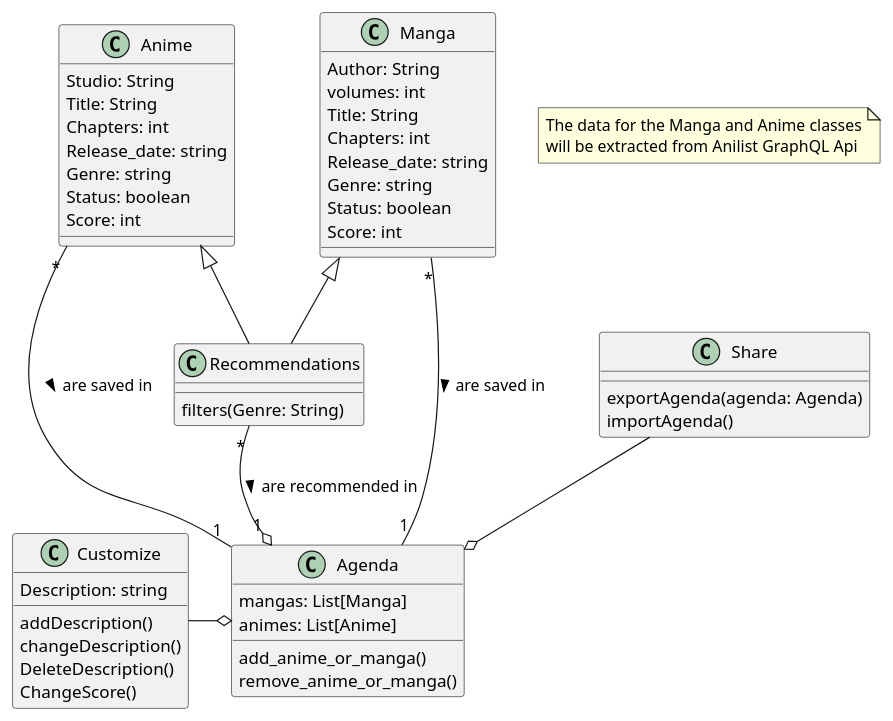
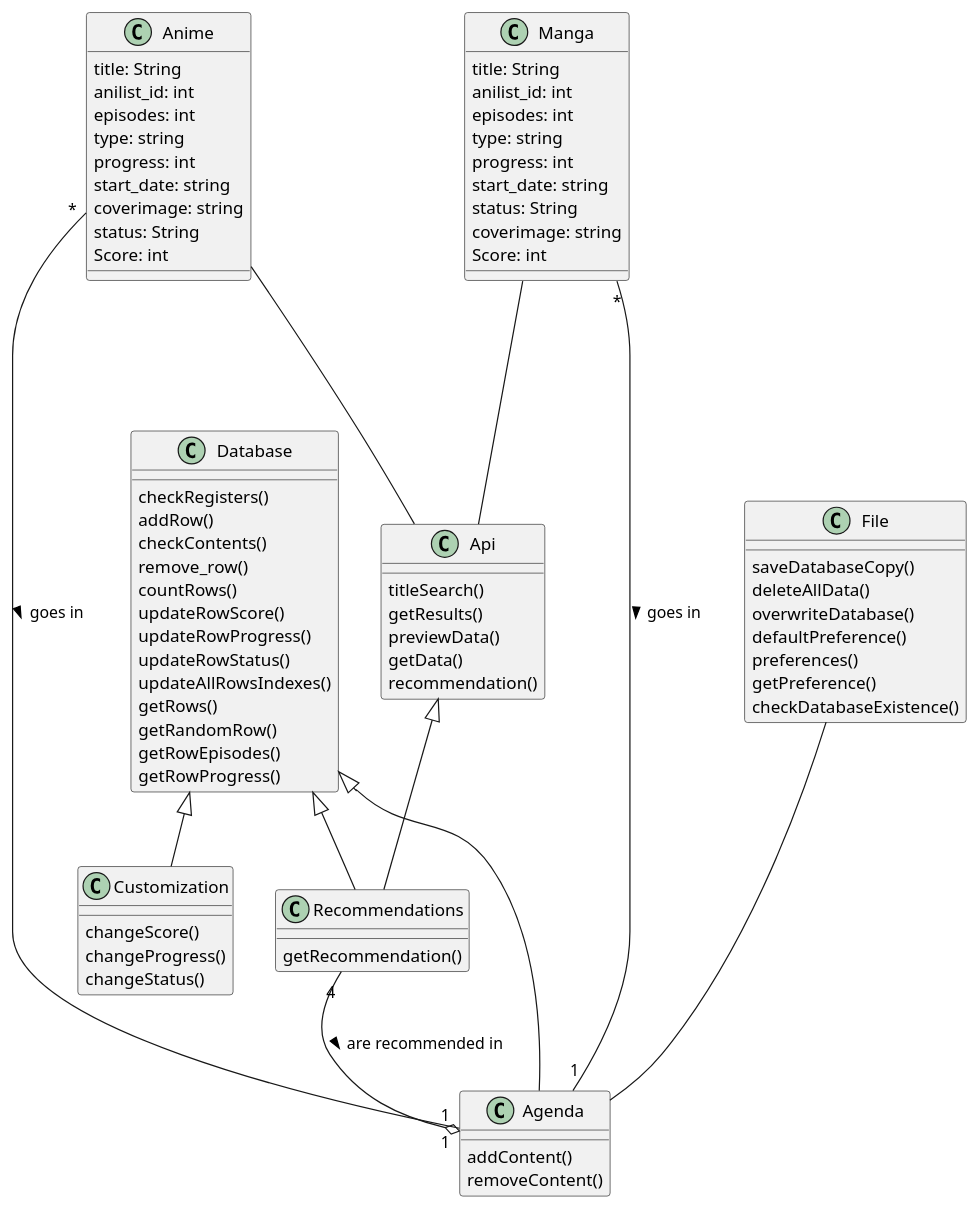
The diagram in Animack_UML.puml (Torrex123/Animack), drawn with PlantUML before and after one commit.

```diff
--- a/Animack_UML.puml
+++ b/Animack_UML.puml
@@ -1,66 +1,105 @@
 @startuml
 
-note as note1
-  The data for the Manga and Anime classes
-  will be extracted from Anilist GraphQL Api
-end note
+Class Anime{
 
-
-Class Anime{
-    Studio: String
-    Title: String
-    Chapters: int
-    Release_date: string
-    Genre: string
-    Status: boolean
+    title: String
+    anilist_id: int
+    episodes: int
+    type: string
+    progress: int
+    start_date: string
+    coverimage: string
+    status: String
     Score: int
 }
 
 Class Manga{
-    Author: String
-    volumes: int
-    Title: String
-    Chapters: int
-    Release_date: string
-    Genre: string
-    Status: boolean
+
+    title: String
+    anilist_id: int
+    episodes: int
+    type: string
+    progress: int
+    start_date: string
+    status: String
+    coverimage: string
     Score: int
+
 }
 
 Class Agenda{
 
-    mangas: List[Manga]
-    animes: List[Anime]
+    addContent()
+    removeContent()
 
-    add_anime_or_manga()
-    remove_anime_or_manga()
+}
+
+class Database{
+
+    checkRegisters()
+    addRow()
+    checkContents()
+    remove_row()
+    countRows()
+    updateRowScore()
+    updateRowProgress()
+    updateRowStatus()
+    updateAllRowsIndexes()
+    getRows()
+    getRandomRow()
+    getRowEpisodes()
+    getRowProgress()
+
+}
+
+class Api{
+
+    titleSearch()
+    getResults()
+    previewData()
+    getData()
+    recommendation()
+
 }
 
 class Recommendations{
-    filters(Genre: String)
+
+    getRecommendation()
+
 }
 
-class Customize{
-    Description: string
+class Customization{
 
-    addDescription()
-    changeDescription()
-    DeleteDescription()
-    ChangeScore()
+    changeScore()
+    changeProgress()
+    changeStatus()
+
 }
 
-class Share{
-    exportAgenda(agenda: Agenda)
-    importAgenda()
+Class File{
+
+    saveDatabaseCopy()
+    deleteAllData()
+    overwriteDatabase()
+    defaultPreference()
+    preferences()
+    getPreference()
+    checkDatabaseExistence()
+
 }
 
-Manga "*"--- "1" Agenda:  are saved in >
-Anime "*" --- "1" Agenda:  are saved in >
-Recommendations "*" --o "1" Agenda: are recommended in >
-Customize -o  Agenda
-Anime <|-- Recommendations
-Manga <|-- Recommendations
-Share --o Agenda
+
+
+Recommendations "4" --o "1" Agenda: are recommended in >
+Api <|-- Recommendations
+Database <|-- Recommendations
+Database <|-- Customization
+File --- Agenda
+Database <|-- Agenda
+Manga "*"--- "1" Agenda: goes in >
+Anime "*" --- "1" Agenda: goes in >
+Manga --- Api
+Anime --- Api
 
 
 @enduml
```
